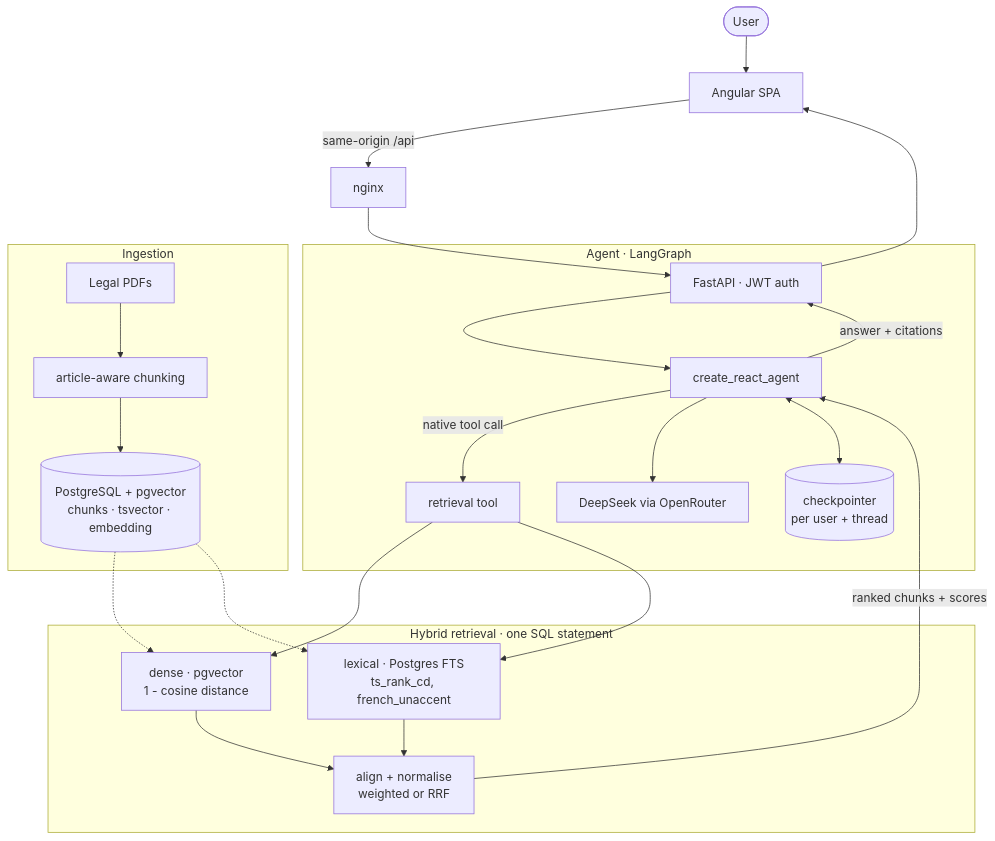
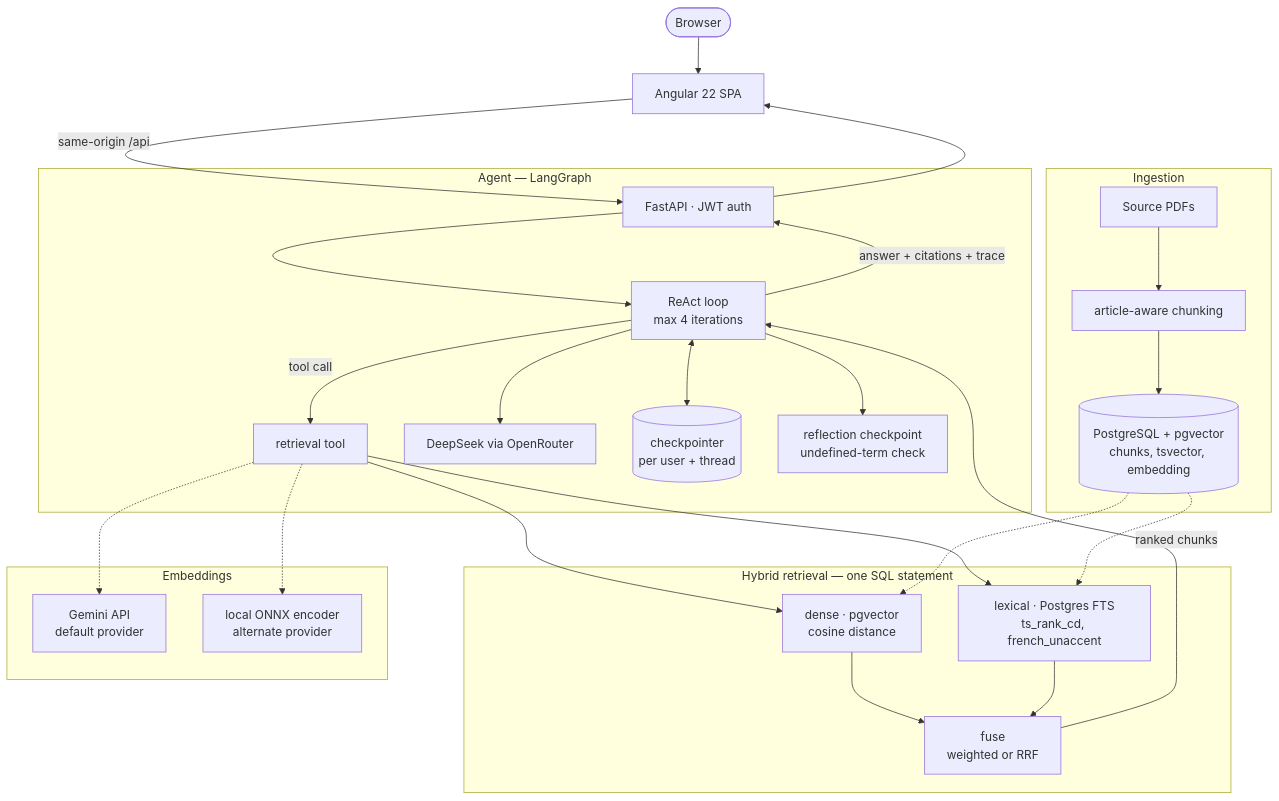
One commit to mounibnasr45/Agentic_Tn_law changed the first of 3 diagrams in README.md. Above: the diagram before and after it, drawn with Mermaid. The commit also changed other lines of this file and 45 other files, not shown here.

````diff
--- a/README.md
+++ b/README.md
@@ -25,31 +36,38 @@
 ```mermaid
 graph TD
-    User([User]) --> UI["Angular SPA"]
-    UI -->|"same-origin /api"| Nginx["nginx"]
-    Nginx --> API["FastAPI · JWT auth"]
+    User([Browser]) --> UI["Angular 22 SPA"]
+    UI -->|"same-origin /api"| API["FastAPI · JWT auth"]
 
-    subgraph agent["Agent · LangGraph"]
-        API --> Graph["create_react_agent"]
-        Graph -->|"native tool call"| Tool["retrieval tool"]
+    subgraph agent["Agent — LangGraph"]
+        API --> Graph["ReAct loop<br/>max 4 iterations"]
+        Graph -->|"tool call"| Tool["retrieval tool"]
         Graph --> LLM["DeepSeek via OpenRouter"]
         Graph <--> Memory[("checkpointer<br/>per user + thread")]
+        Graph --> Reflect["reflection checkpoint<br/>undefined-term check"]
     end
 
-    subgraph retrieval["Hybrid retrieval · one SQL statement"]
-        Tool --> Dense["dense · pgvector<br/>1 - cosine distance"]
+    subgraph retrieval["Hybrid retrieval — one SQL statement"]
+        Tool --> Dense["dense · pgvector<br/>cosine distance"]
         Tool --> Lexical["lexical · Postgres FTS<br/>ts_rank_cd, french_unaccent"]
-        Dense --> Fusion["align + normalise<br/>weighted or RRF"]
+        Dense --> Fusion["fuse<br/>weighted or RRF"]
         Lexical --> Fusion
     end
 
+    subgraph embed["Embeddings"]
+        Gemini["Gemini API<br/>default provider"]
+        ONNX["local ONNX encoder<br/>alternate provider"]
+    end
+    Tool -.-> Gemini
+    Tool -.-> ONNX
+
     subgraph ingest["Ingestion"]
-        PDFs["Legal PDFs"] --> Chunker["article-aware chunking"]
-        Chunker --> DB[("PostgreSQL + pgvector<br/>chunks · tsvector · embedding")]
+        PDFs["Source PDFs"] --> Chunker["article-aware chunking"]
+        Chunker --> DB[("PostgreSQL + pgvector<br/>chunks, tsvector, embedding")]
     end
 
     DB -.-> Dense
     DB -.-> Lexical
-    Fusion -->|"ranked chunks + scores"| Graph
-    Graph -->|"answer + citations"| API
+    Fusion -->|"ranked chunks"| Graph
+    Graph -->|"answer + citations + trace"| API
     API --> UI
 ```
````
